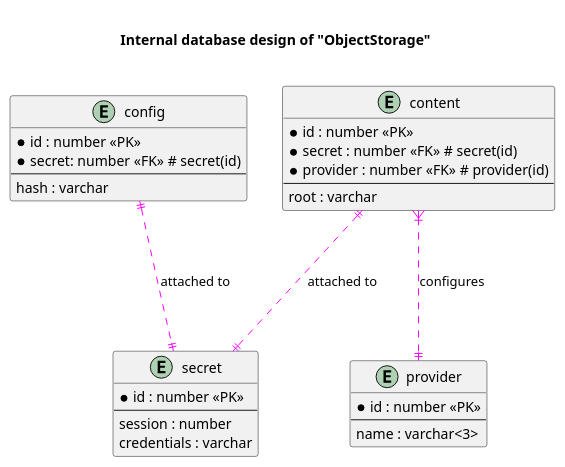
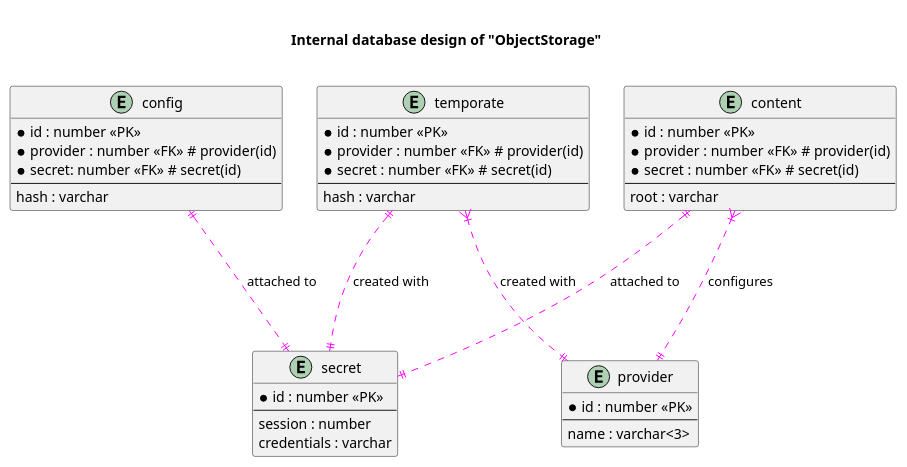
One commit to YarikRevich/ObjectStorage changed the diagram in docs/internal-database-design.md. Above: the diagram before and after it, drawn with PlantUML. The commit also changed 59 other files, not shown here.

````diff
--- a/docs/internal-database-design.md
+++ b/docs/internal-database-design.md
@@ -1,41 +1,52 @@
 ```plantuml
 !pragma teoz true
 
 title
 
 Internal database design of "ObjectStorage"
 
 end title
 
 entity "config" {
     *id : number <<PK>>
+    *provider : number <<FK>> # provider(id)
     *secret: number <<FK>> # secret(id)
     --
     hash : varchar
 }
 
 entity "secret" {
     *id : number <<PK>>
     --
     session : number
     credentials : varchar
 }
 
 entity "provider" {
     *id : number <<PK>>
     --
     name : varchar<3>
 }
 
 entity "content" {
     *id : number <<PK>>
+    *provider : number <<FK>> # provider(id)
     *secret : number <<FK>> # secret(id)
-    *provider : number <<FK>> # provider(id)
     --
     root : varchar
+}
+
+entity "temporate" {
+    *id : number <<PK>>
+    *provider : number <<FK>> # provider(id)
+    *secret : number <<FK>> # secret(id)
+    --
+    hash : varchar
 }
 
 config ||...|| secret #magenta : attached to
 content ||...|| secret #magenta : attached to
 content }|...|| provider  #magenta : configures
+temporate ||...|| secret #magenta : created with
+temporate }|...|| provider  #magenta : created with
 ```
````
